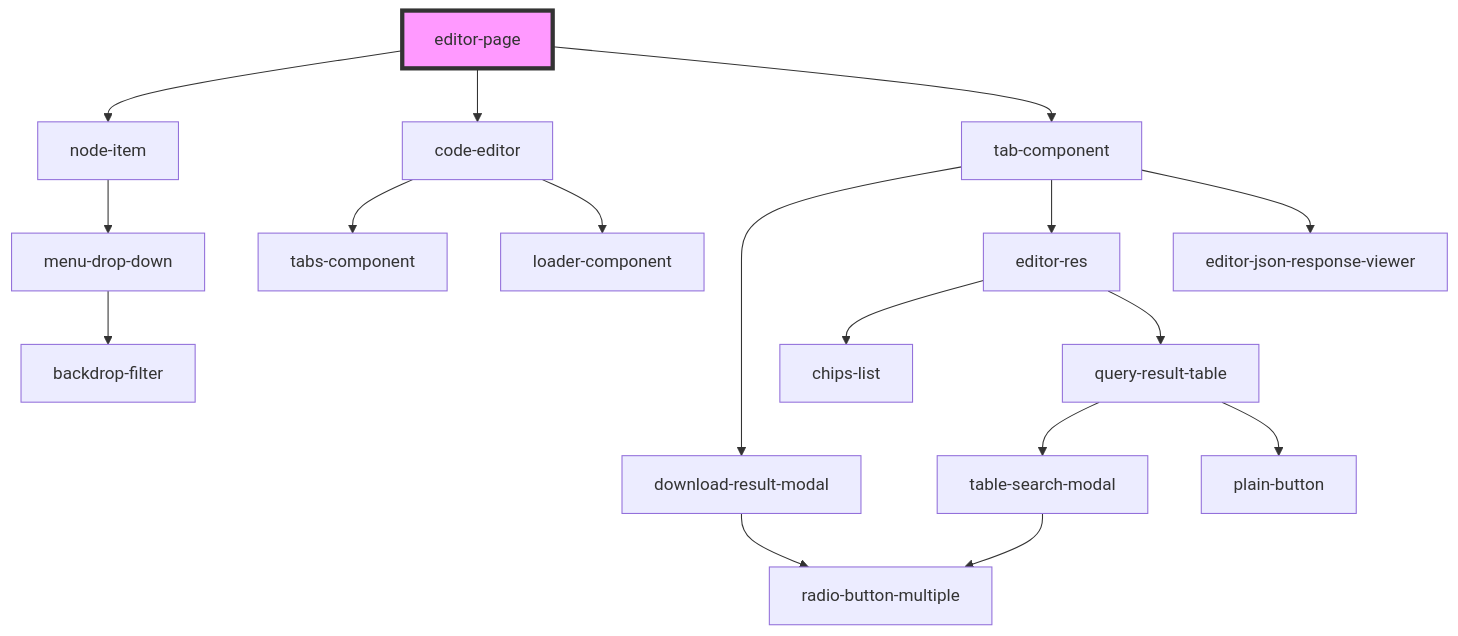
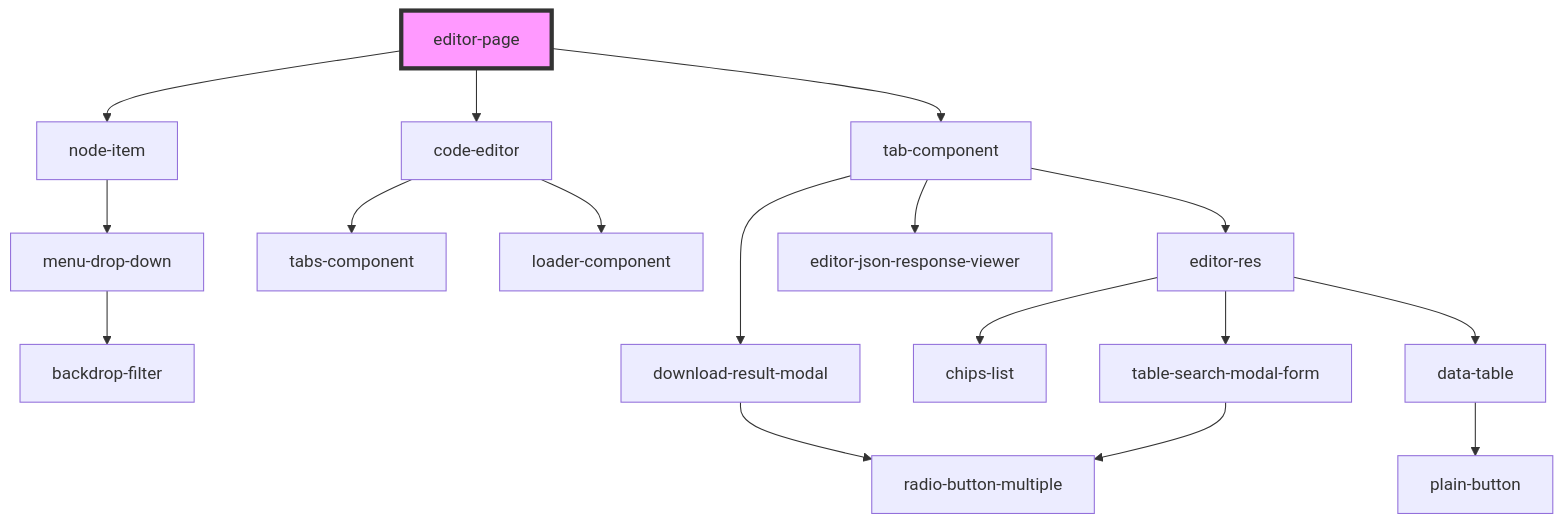
Before and after one commit to techvariable/NeptuneConnectComponents: the diagram in src/components/editorPage/editor-page/readme.md, drawn with Mermaid. The commit also changed 33 other files, not shown here.

````diff
--- a/src/components/editorPage/editor-page/readme.md
+++ b/src/components/editorPage/editor-page/readme.md
@@ -24,20 +24,20 @@
 ```mermaid
 graph TD;
   editor-page --> node-item
   editor-page --> code-editor
   editor-page --> tab-component
   node-item --> menu-drop-down
   menu-drop-down --> backdrop-filter
   code-editor --> tabs-component
   code-editor --> loader-component
   tab-component --> download-result-modal
   tab-component --> editor-res
   tab-component --> editor-json-response-viewer
   download-result-modal --> radio-button-multiple
   editor-res --> chips-list
-  editor-res --> query-result-table
-  query-result-table --> table-search-modal
-  query-result-table --> plain-button
-  table-search-modal --> radio-button-multiple
+  editor-res --> table-search-modal-form
+  editor-res --> data-table
+  table-search-modal-form --> radio-button-multiple
+  data-table --> plain-button
   style editor-page fill:#f9f,stroke:#333,stroke-width:4px
 ```
````
